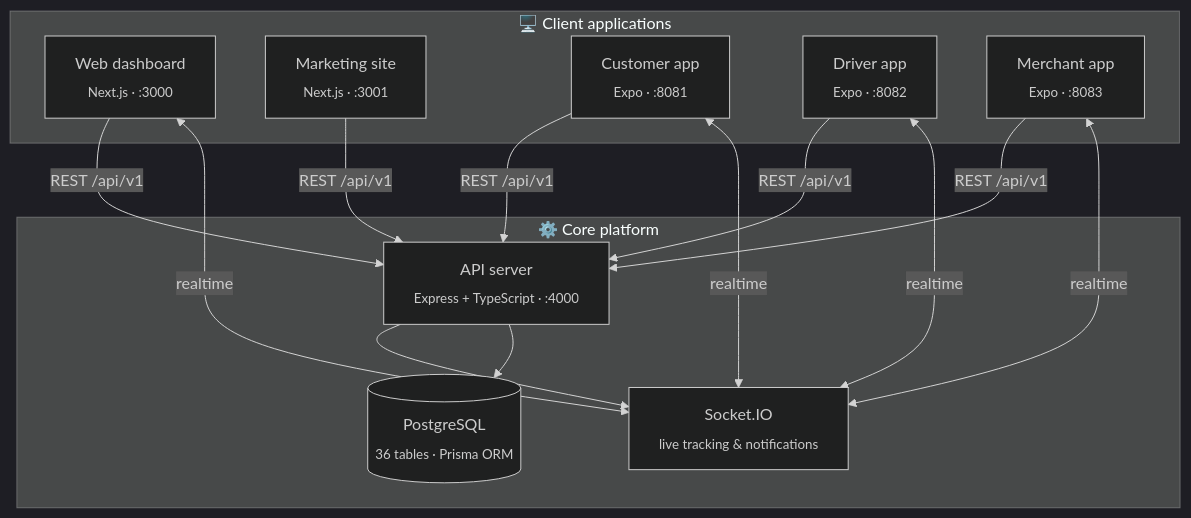
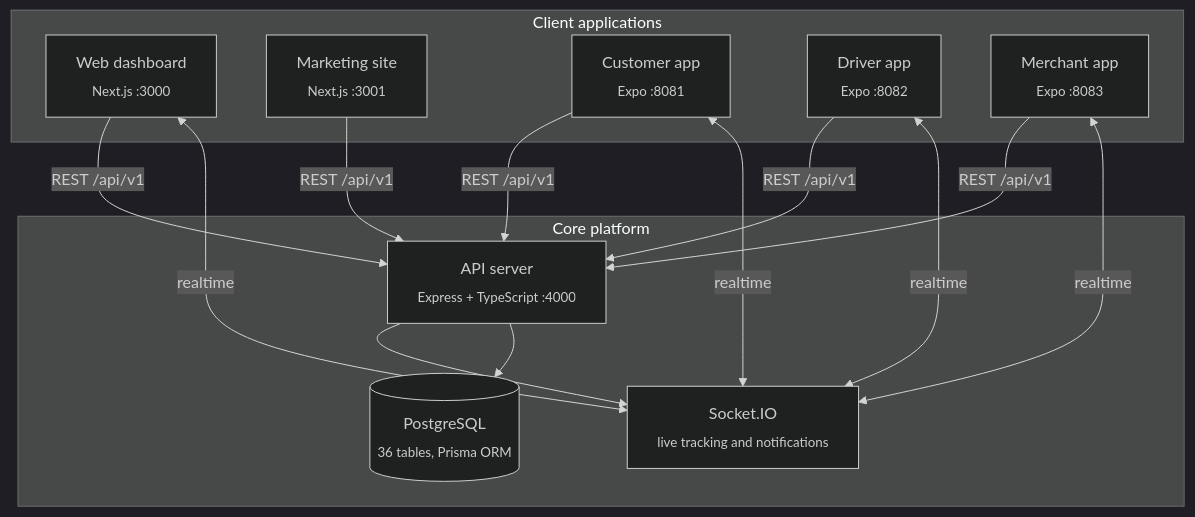
One commit to abel2800/Guzo changed the first of 3 diagrams in README.md. Above: the diagram before and after it, drawn with Mermaid (dark theme). The commit also changed other lines of this file, not shown here.

````diff
--- a/README.md
+++ b/README.md
@@ -66,21 +66,21 @@
 ```mermaid
 flowchart TB
-    subgraph Clients["🖥️ Client applications"]
-        WEB["Web dashboard<br/><sub>Next.js · :3000</sub>"]
-        MKT["Marketing site<br/><sub>Next.js · :3001</sub>"]
-        CUS["Customer app<br/><sub>Expo · :8081</sub>"]
-        DRV["Driver app<br/><sub>Expo · :8082</sub>"]
-        MER["Merchant app<br/><sub>Expo · :8083</sub>"]
+    subgraph Clients["Client applications"]
+        WEB["Web dashboard<br/><sub>Next.js :3000</sub>"]
+        MKT["Marketing site<br/><sub>Next.js :3001</sub>"]
+        CUS["Customer app<br/><sub>Expo :8081</sub>"]
+        DRV["Driver app<br/><sub>Expo :8082</sub>"]
+        MER["Merchant app<br/><sub>Expo :8083</sub>"]
     end
 
-    subgraph Core["⚙️ Core platform"]
-        API["API server<br/><sub>Express + TypeScript · :4000</sub>"]
-        RT["Socket.IO<br/><sub>live tracking & notifications</sub>"]
-        DB[("PostgreSQL<br/><sub>36 tables · Prisma ORM</sub>")]
+    subgraph Core["Core platform"]
+        API["API server<br/><sub>Express + TypeScript :4000</sub>"]
+        RT["Socket.IO<br/><sub>live tracking and notifications</sub>"]
+        DB[("PostgreSQL<br/><sub>36 tables, Prisma ORM</sub>")]
     end
 
     WEB & MKT & CUS & DRV & MER -->|REST /api/v1| API
     WEB & CUS & DRV & MER <-->|realtime| RT
     API --> RT
     API --> DB
 ```
````
